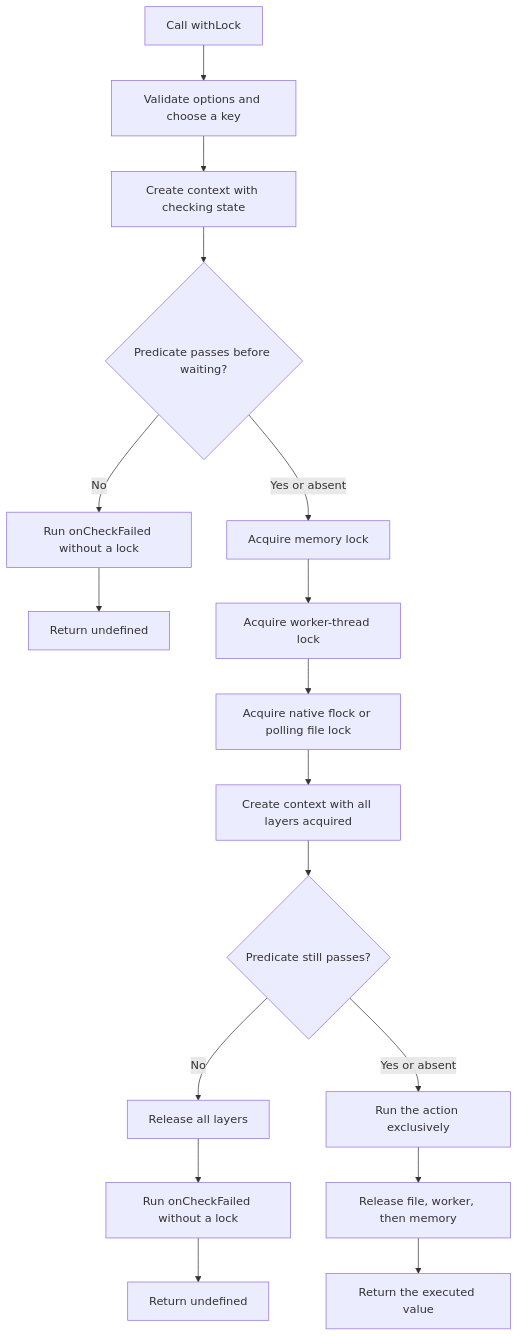
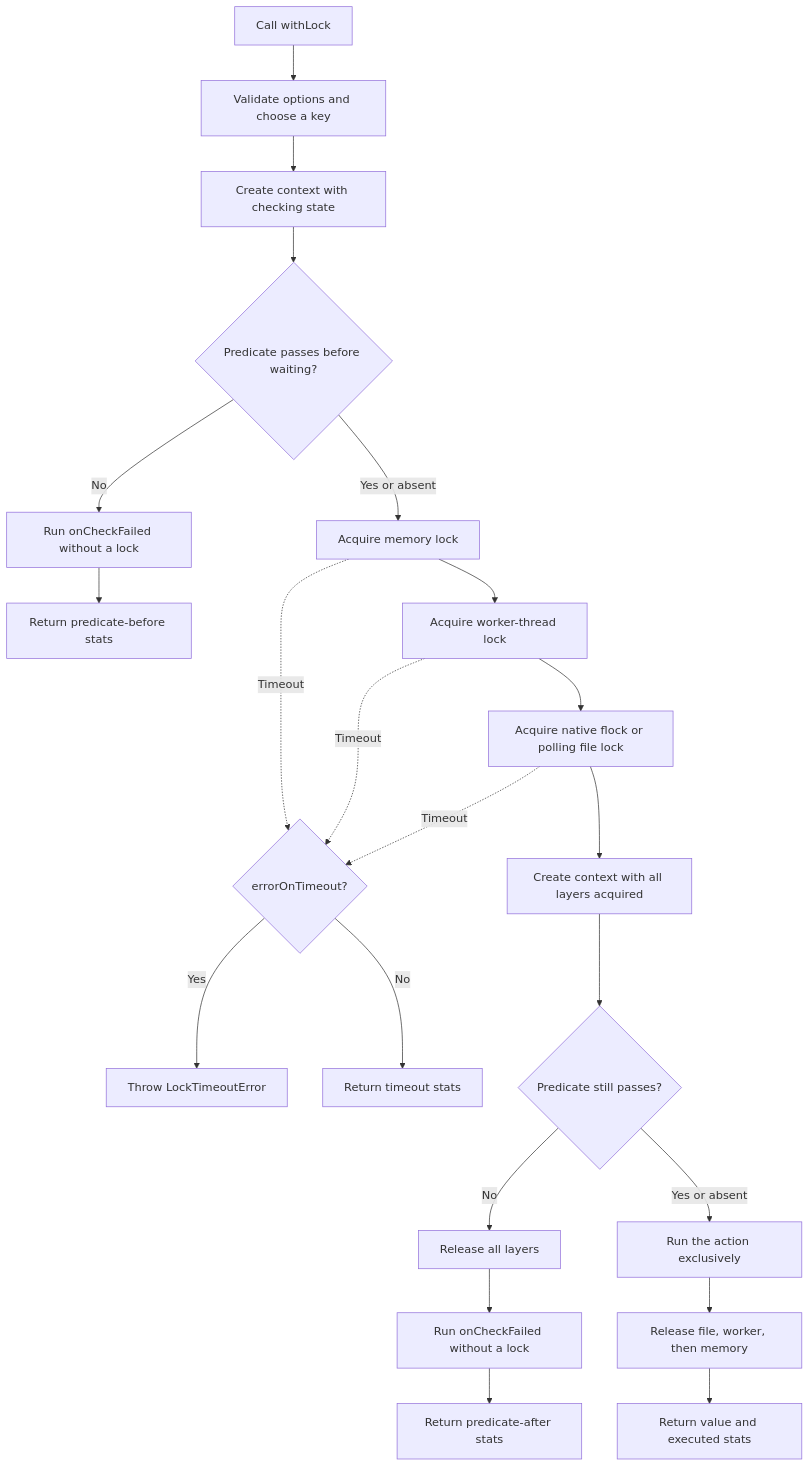
One commit to regbo/lfp-common changed the second of 3 diagrams in README.md. Above: the diagram before and after it, drawn with Mermaid. The commit also changed other lines of this file and 4 other files, not shown here.

Commit message:
feat: return lock stats and support try-lock timeouts

````diff
--- a/README.md
+++ b/README.md
@@ -86,19 +101,24 @@
 ```mermaid
 flowchart TD
     call["Call withLock"] --> options["Validate options and choose a key"]
     options --> checking["Create context with checking state"]
     checking --> before{"Predicate passes before waiting?"}
     before -- "No" --> failedBefore["Run onCheckFailed without a lock"]
-    failedBefore --> skippedBefore["Return undefined"]
+    failedBefore --> skippedBefore["Return predicate-before stats"]
     before -- "Yes or absent" --> memory["Acquire memory lock"]
     memory --> worker["Acquire worker-thread lock"]
     worker --> file["Acquire native flock or polling file lock"]
+    memory -. "Timeout" .-> timeout{"errorOnTimeout?"}
+    worker -. "Timeout" .-> timeout
+    file -. "Timeout" .-> timeout
+    timeout -- "Yes" --> timeoutError["Throw LockTimeoutError"]
+    timeout -- "No" --> timeoutResult["Return timeout stats"]
     file --> acquired["Create context with all layers acquired"]
     acquired --> after{"Predicate still passes?"}
     after -- "No" --> releaseFailed["Release all layers"]
     releaseFailed --> failedAfter["Run onCheckFailed without a lock"]
-    failedAfter --> skippedAfter["Return undefined"]
+    failedAfter --> skippedAfter["Return predicate-after stats"]
     after -- "Yes or absent" --> action["Run the action exclusively"]
     action --> release["Release file, worker, then memory"]
-    release --> result["Return the executed value"]
+    release --> result["Return value and executed stats"]
 ```
````
